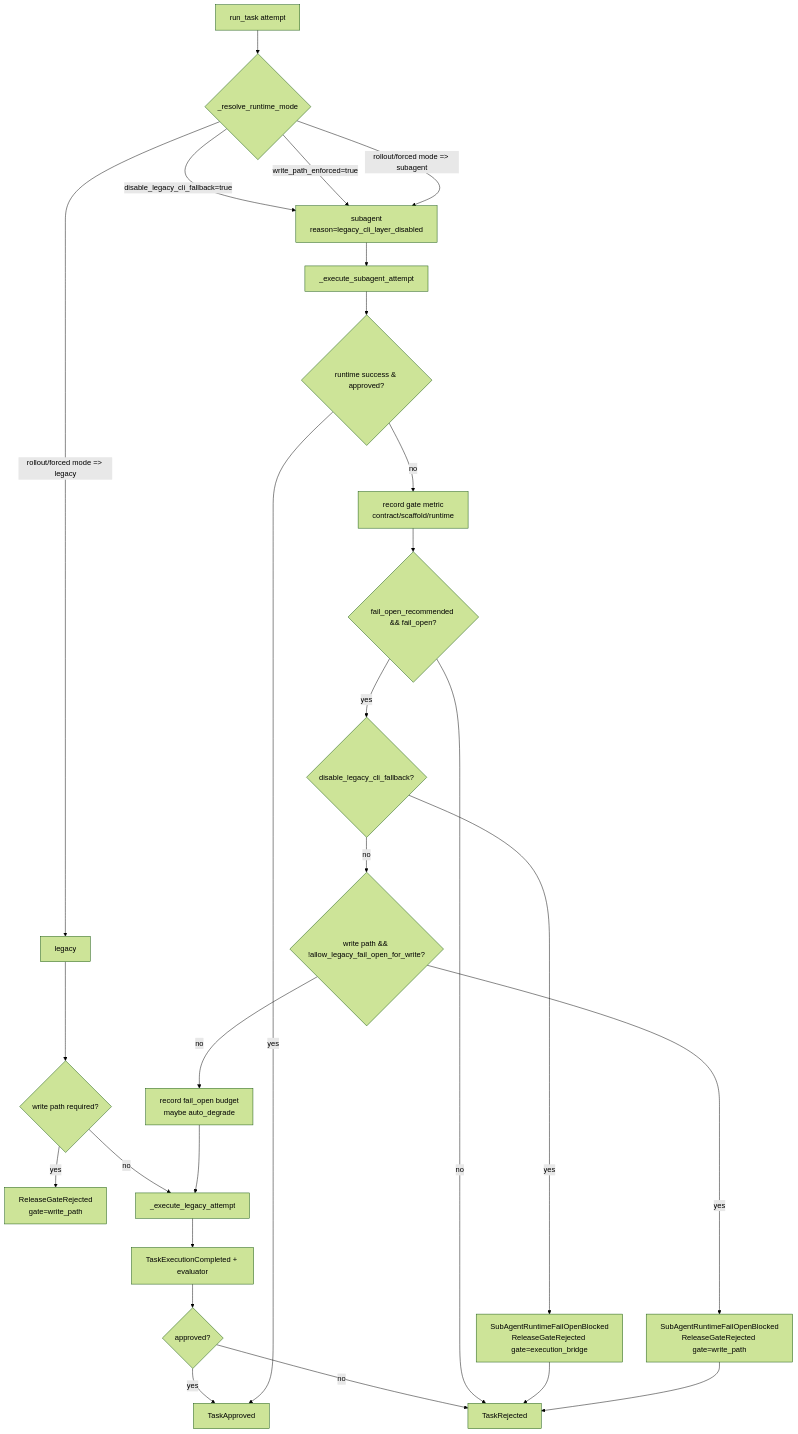
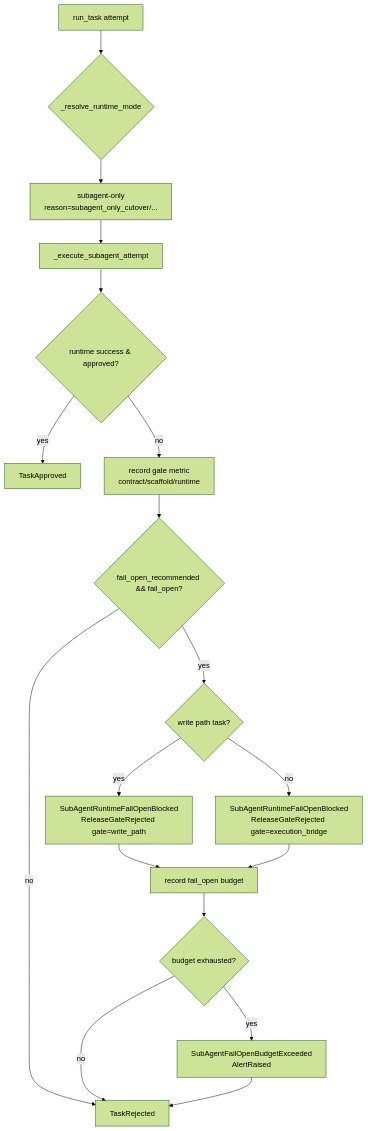
Before and after one commit to Yidhar/Embla_System: the second of 2 diagrams in doc/task/runbooks/subagent_runtime_native_bridge_sequence_and_gate_runbook.md, drawn with Mermaid (forest theme). The commit also changed other lines of this file and 59 other files, not shown here.

Commit message:
refactor: retire codex stack and align subagent-native execution

````diff
--- a/doc/task/runbooks/subagent_runtime_native_bridge_sequence_and_gate_runbook.md
+++ b/doc/task/runbooks/subagent_runtime_native_bridge_sequence_and_gate_runbook.md
@@ -109,32 +94,21 @@
 ```mermaid
 flowchart TD
     A[run_task attempt] --> B{_resolve_runtime_mode}
 
-    B -->|disable_legacy_cli_fallback=true| C[subagent\nreason=legacy_cli_layer_disabled]
-    B -->|write_path_enforced=true| C
-    B -->|rollout/forced mode => legacy| D[legacy]
-    B -->|rollout/forced mode => subagent| C
-
-    D --> E{write path required?}
-    E -->|yes| F[ReleaseGateRejected\n gate=write_path]
-    E -->|no| G[_execute_legacy_attempt]
-    G --> H[TaskExecutionCompleted + evaluator]
-    H --> I{approved?}
-    I -->|yes| J[TaskApproved]
-    I -->|no| K[TaskRejected]
-
-    C --> L[_execute_subagent_attempt]
-    L --> M{runtime success & approved?}
-    M -->|yes| J
-    M -->|no| N[record gate metric\ncontract/scaffold/runtime]
-    N --> O{fail_open_recommended && fail_open?}
-    O -->|no| K
-    O -->|yes| P{disable_legacy_cli_fallback?}
-    P -->|yes| Q[SubAgentRuntimeFailOpenBlocked\nReleaseGateRejected gate=execution_bridge]
-    Q --> K
-    P -->|no| R{write path && !allow_legacy_fail_open_for_write?}
-    R -->|yes| S[SubAgentRuntimeFailOpenBlocked\nReleaseGateRejected gate=write_path]
-    S --> K
-    R -->|no| T[record fail_open budget\nmaybe auto_degrade]
-    T --> G
+    B --> C[subagent-only\nreason=subagent_only_cutover/...]
+    C --> D[_execute_subagent_attempt]
+    D --> E{runtime success & approved?}
+    E -->|yes| F[TaskApproved]
+    E -->|no| G[record gate metric\ncontract/scaffold/runtime]
+    G --> H{fail_open_recommended && fail_open?}
+    H -->|no| I[TaskRejected]
+    H -->|yes| J{write path task?}
+    J -->|yes| K[SubAgentRuntimeFailOpenBlocked\nReleaseGateRejected gate=write_path]
+    J -->|no| L[SubAgentRuntimeFailOpenBlocked\nReleaseGateRejected gate=execution_bridge]
+    K --> M[record fail_open budget]
+    L --> M
+    M --> N{budget exhausted?}
+    N -->|yes| O[SubAgentFailOpenBudgetExceeded\nAlertRaised]
+    N -->|no| I
+    O --> I
 ```
````
